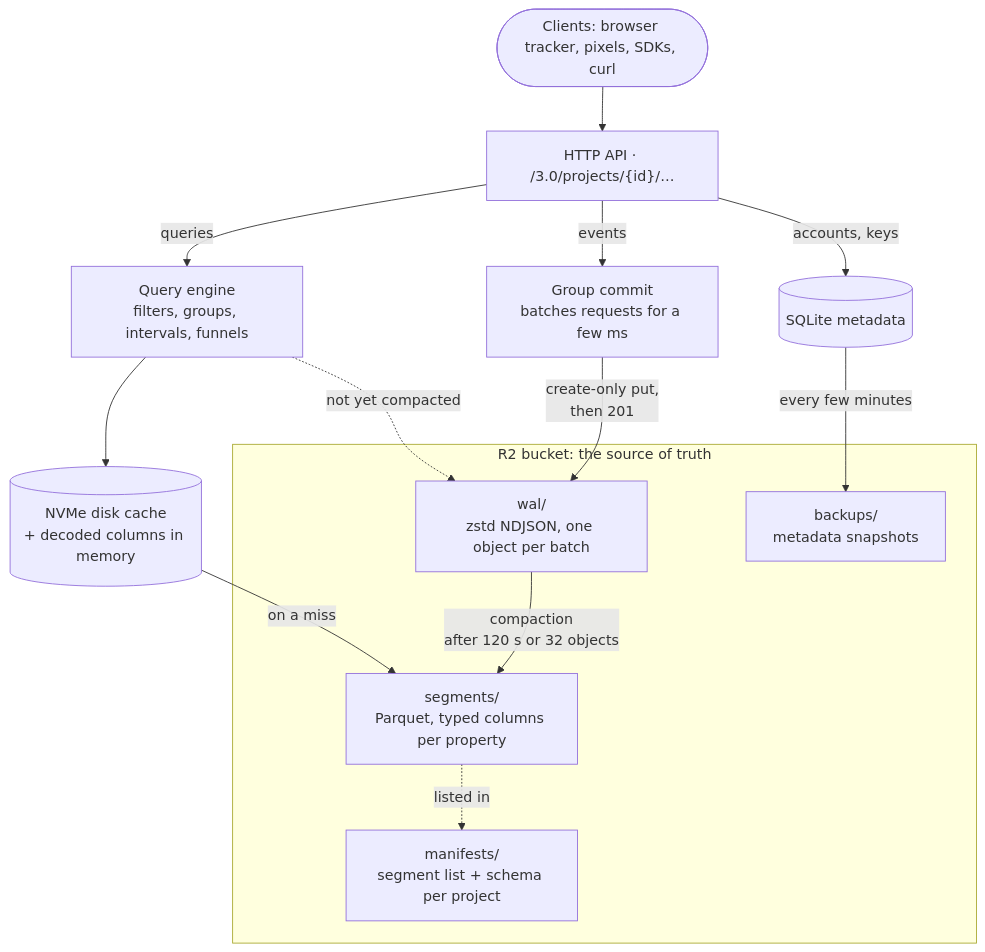
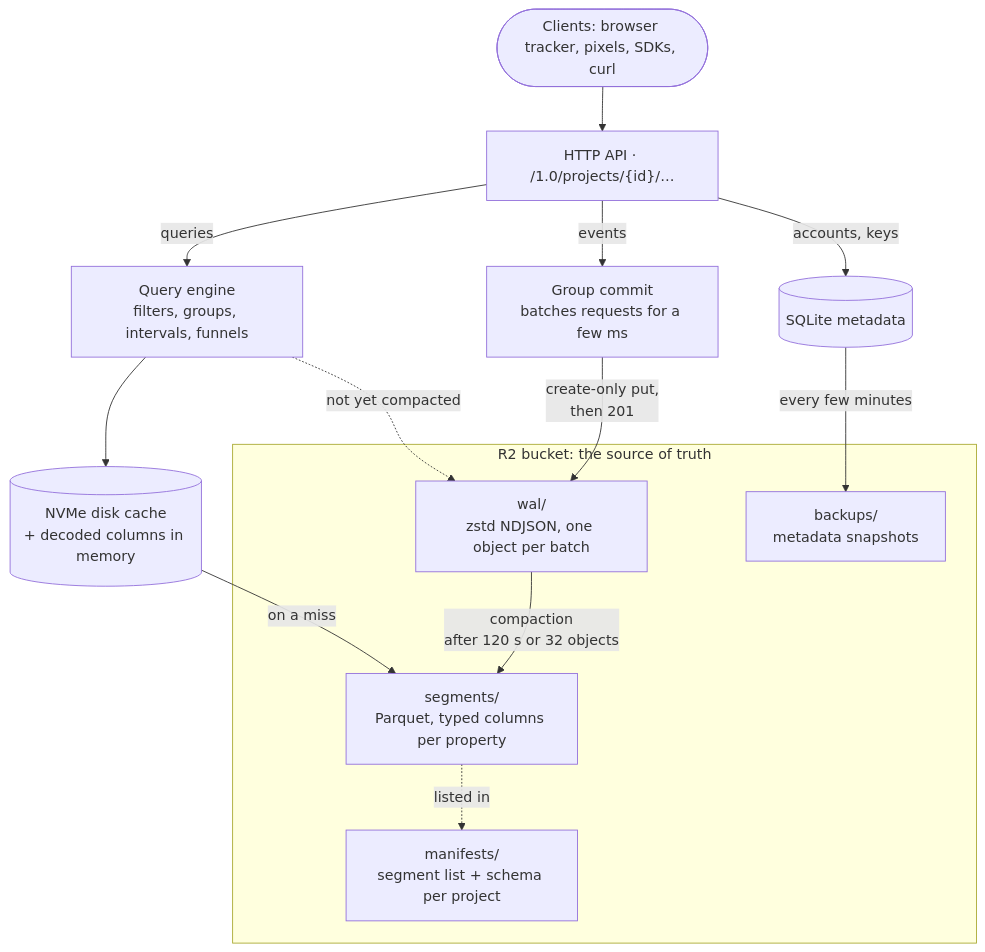
The diagram in README.md (dorkitude/incisive), drawn with Mermaid before and after one commit. The commit also changed other lines of this file and 55 other files, not shown here.

````diff
--- a/README.md
+++ b/README.md
@@ -15,24 +14,24 @@
 ```mermaid
 flowchart TB
     clients(["Clients: browser tracker, pixels, SDKs, curl"])
-    clients --> api["HTTP API · /3.0/projects/{id}/…"]
+    clients --> api["HTTP API · /1.0/projects/{id}/…"]
 
     api -- "events" --> commit["Group commit<br/>batches requests for a few ms"]
     api -- "queries" --> query["Query engine<br/>filters, groups, intervals, funnels"]
     api -- "accounts, keys" --> meta[("SQLite metadata")]
     query --> cache[("NVMe disk cache<br/>+ decoded columns in memory")]
 
     subgraph r2["R2 bucket: the source of truth"]
         wal["wal/<br/>zstd NDJSON, one object per batch"]
         segments["segments/<br/>Parquet, typed columns per property"]
         manifests["manifests/<br/>segment list + schema per project"]
         backups["backups/<br/>metadata snapshots"]
         wal -- "compaction<br/>after 120 s or 32 objects" --> segments
         segments -. "listed in" .-> manifests
     end
 
     commit -- "create-only put,<br/>then 201" --> wal
     cache -- "on a miss" --> segments
     query -. "not yet compacted" .-> wal
     meta -- "every few minutes" --> backups
 ```
````
